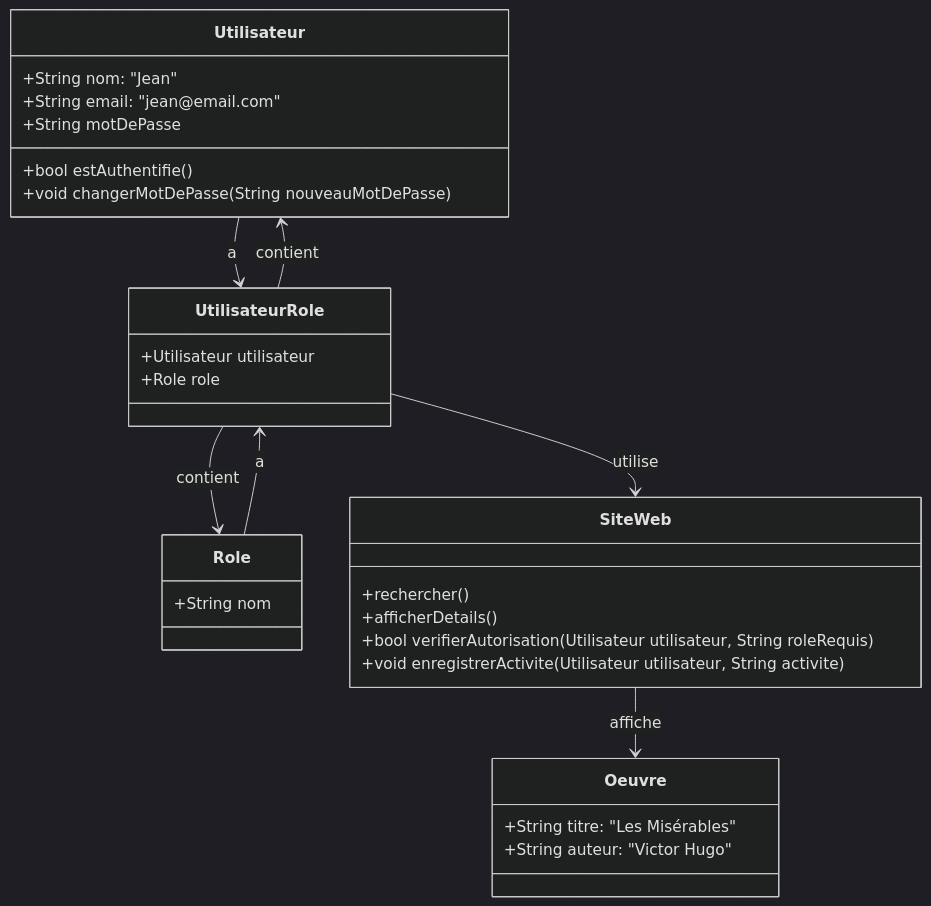
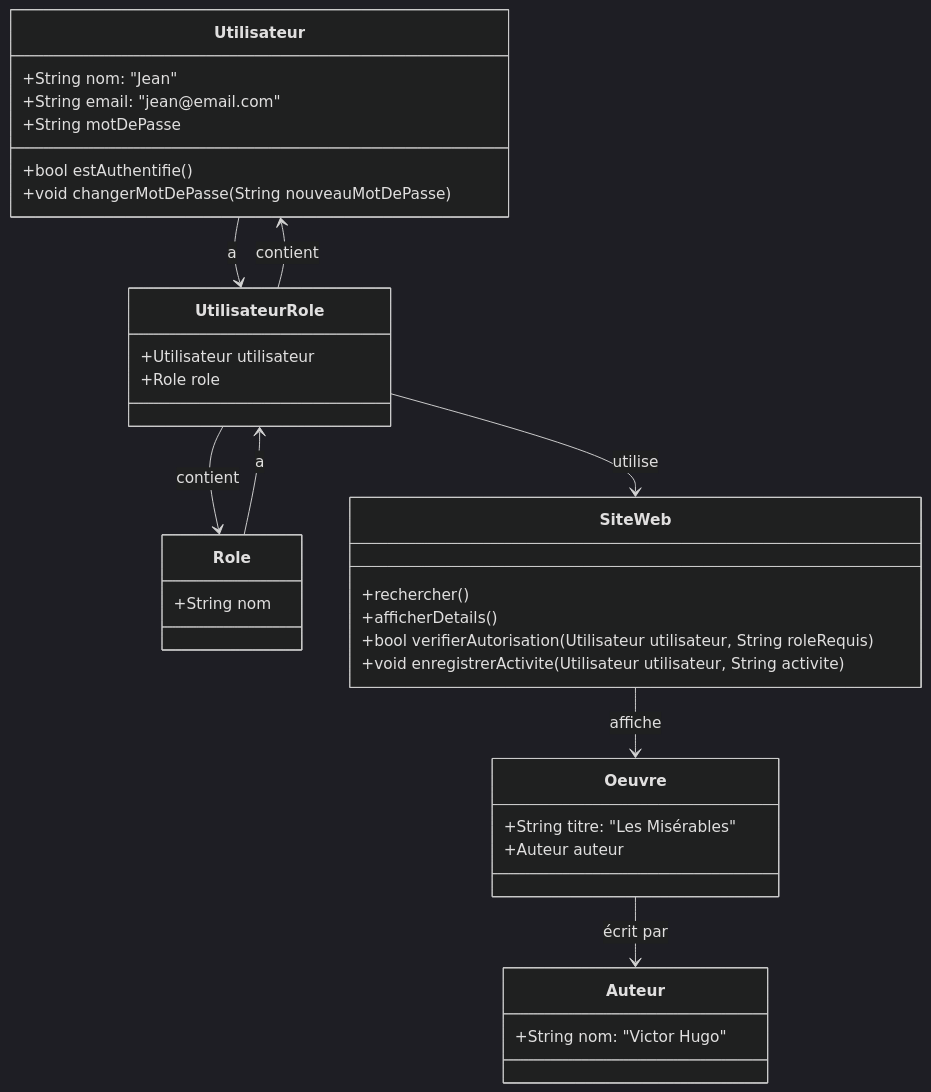
The diagram in scenarios/1/diag_class.md (melenedufrenois/QuoicOurs), drawn with Mermaid (dark theme) before and after one commit.

````diff
--- a/scenarios/1/diag_class.md
+++ b/scenarios/1/diag_class.md
@@ -1,34 +1,38 @@
 ```mermaid
 classDiagram
     class Utilisateur {
       +String nom: "Jean"
       +String email: "jean@email.com"
       +String motDePasse
       +bool estAuthentifie()
       +void changerMotDePasse(String nouveauMotDePasse)
     }
     class Role {
       +String nom
     }
     class UtilisateurRole {
       +Utilisateur utilisateur
       +Role role
     }
     class SiteWeb {
       +rechercher()
       +afficherDetails()
       +bool verifierAutorisation(Utilisateur utilisateur, String roleRequis)
       +void enregistrerActivite(Utilisateur utilisateur, String activite)
     }
     class Oeuvre {
       +String titre: "Les Misérables"
-      +String auteur: "Victor Hugo"
+      +Auteur auteur
+    }
+    class Auteur {
+      +String nom: "Victor Hugo"
     }
 
     Utilisateur --> UtilisateurRole : a
     Role --> UtilisateurRole : a
     UtilisateurRole --> Utilisateur : contient
     UtilisateurRole --> Role : contient
     UtilisateurRole --> SiteWeb : utilise
     SiteWeb --> Oeuvre : affiche
+    Oeuvre --> Auteur : écrit par
 ```
````
